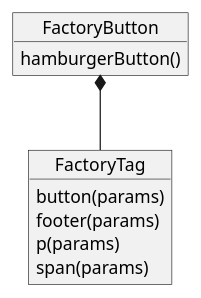
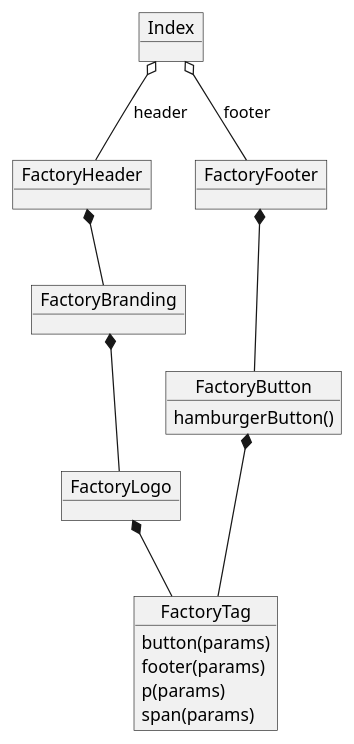
One commit to luciano55/storeApp2020 changed the diagram in store 2020a 14 septiembre/backend/plantUML/factory.puml. Above: the diagram before and after it, drawn with PlantUML. The commit also changed 6 other files, not shown here.

```diff
--- a/store 2020a 14 septiembre/backend/plantUML/factory.puml
+++ b/store 2020a 14 septiembre/backend/plantUML/factory.puml
@@ -1,12 +1,31 @@
 @startuml
 object FactoryTag{
 button(params)
 footer(params)
 p(params)
 span(params)
 }
 object FactoryButton{
  hamburgerButton()
 }
+object FactoryBranding{
+}
+object FactoryLogo{
+}
+object FactoryHeader{
+
+}
+object FactoryFooter{
+}
+
+object Index{
+ 
+}
+FactoryLogo *-- FactoryTag
 FactoryButton *-- FactoryTag
+FactoryBranding *-- FactoryLogo
+FactoryHeader *-- FactoryBranding
+FactoryFooter *-- FactoryButton 
+Index o-- FactoryHeader : header
+Index o-- FactoryFooter : footer
 @enduml
```
